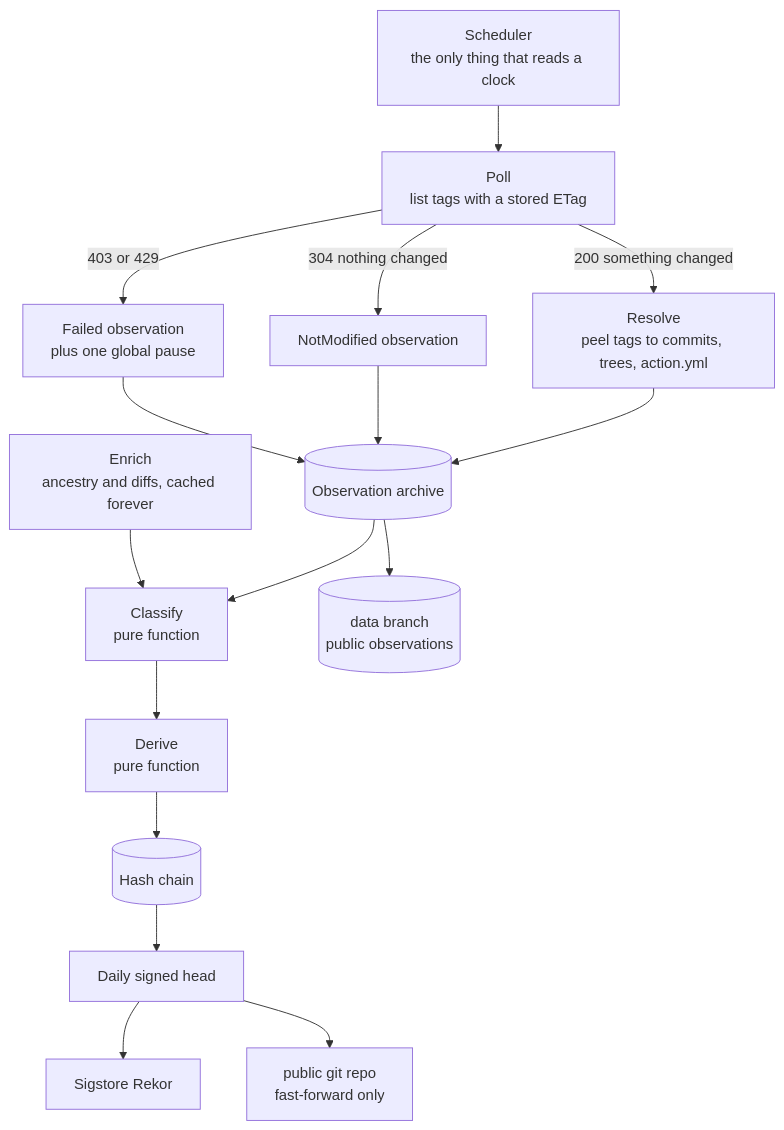
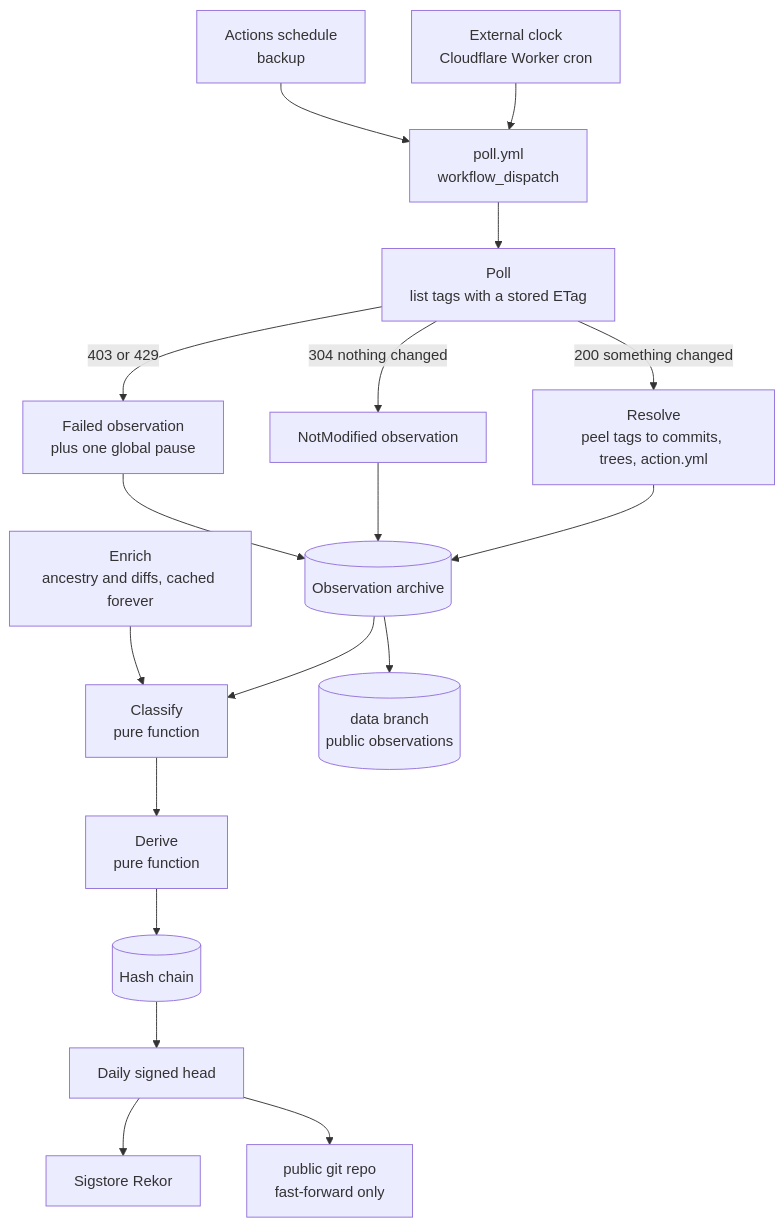
Before and after one commit to GautamTalksDev/refledger: the first of 6 diagrams in docs/HOW-IT-WORKS.md, drawn with Mermaid. The commit also changed other lines of this file and 12 other files, not shown here.

First line of the commit message:
Add Cloudflare Worker clock to dispatch poll on cron.

````diff
--- a/docs/HOW-IT-WORKS.md
+++ b/docs/HOW-IT-WORKS.md
@@ -5,18 +5,20 @@
 ```mermaid
 flowchart TD
-    S["Scheduler<br/>the only thing that reads a clock"] --> P["Poll<br/>list tags with a stored ETag"]
+    S["External clock<br/>Cloudflare Worker cron"] --> W["poll.yml<br/>workflow_dispatch"]
+    B["Actions schedule<br/>backup"] --> W
+    W --> P["Poll<br/>list tags with a stored ETag"]
     P -->|"304 nothing changed"| NM["NotModified observation"]
     P -->|"200 something changed"| R["Resolve<br/>peel tags to commits, trees, action.yml"]
     P -->|"403 or 429"| F["Failed observation<br/>plus one global pause"]
     R --> O[("Observation archive")]
     NM --> O
     F --> O
     O --> C["Classify<br/>pure function"]
     E["Enrich<br/>ancestry and diffs, cached forever"] --> C
     C --> D["Derive<br/>pure function"]
     D --> L[("Hash chain")]
     L --> H["Daily signed head"]
     H --> K["Sigstore Rekor"]
     H --> G["public git repo<br/>fast-forward only"]
     O --> M[("data branch<br/>public observations")]
 ```
````
